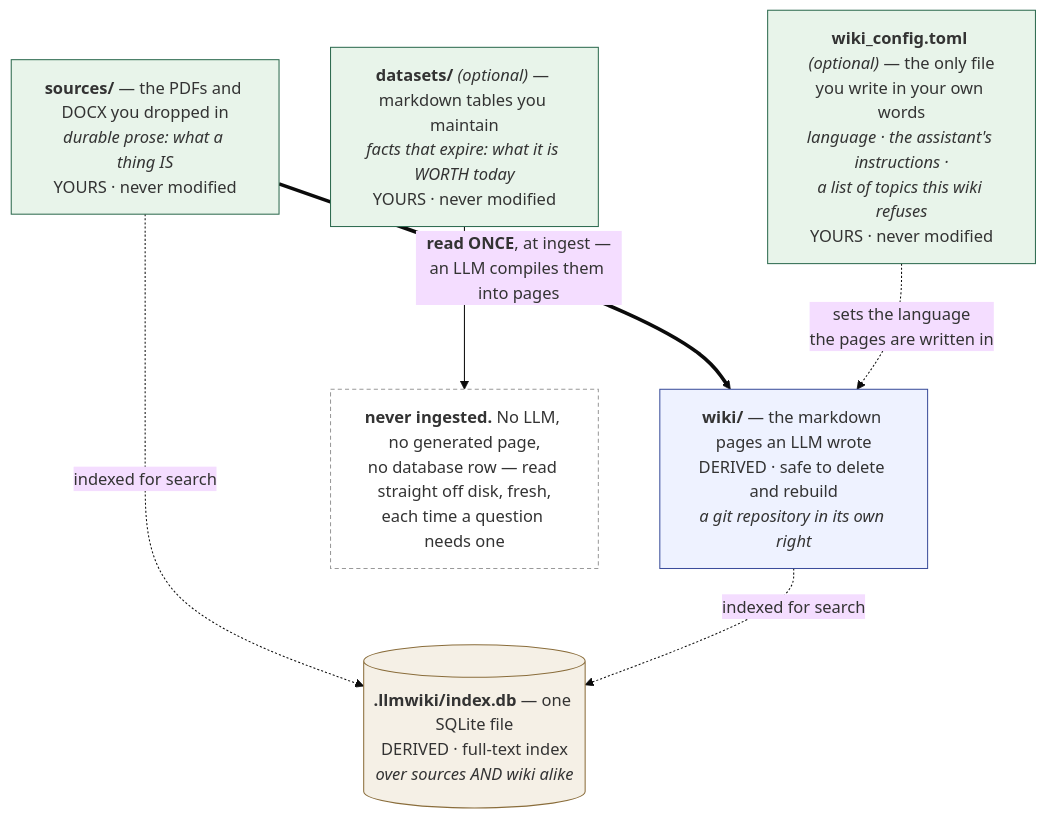
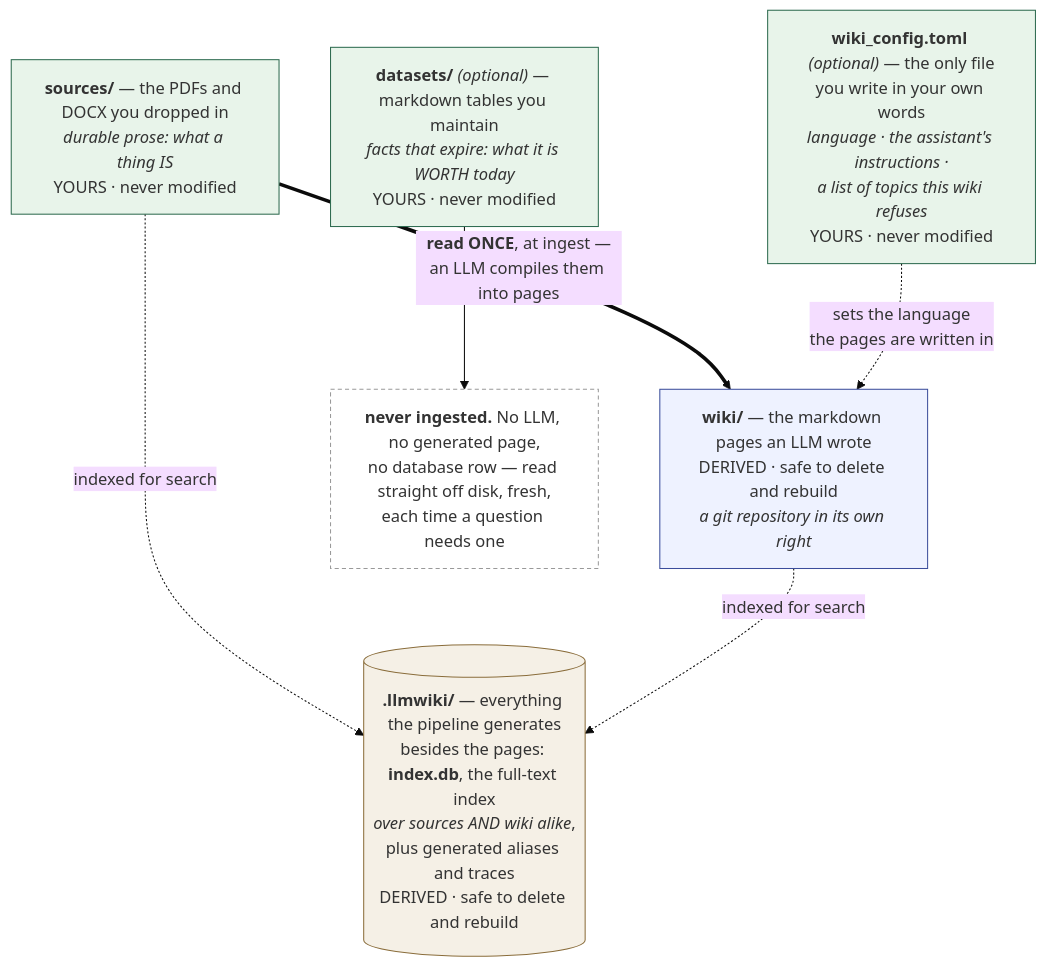
The first of 5 diagrams in docs/ingestion_walkthrough.md (Clod/llmwiki-marimo), drawn with Mermaid (base theme) before and after one commit. The commit also changed other lines of this file, not shown here.

First line of the commit message:
docs(ingestion): what the blacklist does with a phrase, and what .llmwiki holds

````diff
--- a/docs/ingestion_walkthrough.md
+++ b/docs/ingestion_walkthrough.md
@@ -98,22 +98,22 @@
 ```mermaid
 flowchart TD
     SRC["<b>sources/</b> — the PDFs and DOCX you dropped in<br/><i>durable prose: what a thing IS</i><br/>YOURS · never modified"]
     DS["<b>datasets/</b> <i>(optional)</i> — markdown tables you maintain<br/><i>facts that expire: what it is WORTH today</i><br/>YOURS · never modified"]
     CFG["<b>wiki_config.toml</b> <i>(optional)</i> — the only file<br/>you write in your own words<br/><i>language · the assistant's instructions ·<br/>a list of topics this wiki refuses</i><br/>YOURS · never modified"]
     WIKI["<b>wiki/</b> — the markdown pages an LLM wrote<br/>DERIVED · safe to delete and rebuild<br/><i>a git repository in its own right</i>"]
-    DB[("<b>.llmwiki/index.db</b> — one SQLite file<br/>DERIVED · full-text index<br/><i>over sources AND wiki alike</i>")]
+    DB[("<b>.llmwiki/</b> — everything the pipeline generates<br/>besides the pages: <b>index.db</b>, the full-text index<br/><i>over sources AND wiki alike</i>,<br/>plus generated aliases and traces<br/>DERIVED · safe to delete and rebuild")]
     NOTE["<b>never ingested.</b> No LLM, no generated page,<br/>no database row — read straight off disk, fresh,<br/>each time a question needs one"]
 
     SRC ==>|"<b>read ONCE</b>, at ingest —<br/>an LLM compiles them into pages"| WIKI
     SRC -.->|indexed for search| DB
     WIKI -.->|indexed for search| DB
     DS --> NOTE
     CFG -.->|"sets the language<br/>the pages are written in"| WIKI
 
     style SRC fill:#e8f4ea,stroke:#2d6a4f
     style DS fill:#e8f4ea,stroke:#2d6a4f
     style CFG fill:#e8f4ea,stroke:#2d6a4f
     style WIKI fill:#eef2ff,stroke:#3b4d9b
     style DB fill:#f5f0e6,stroke:#8a6d3b
     style NOTE fill:#fff,stroke:#999,stroke-dasharray: 4 3
 ```
````
